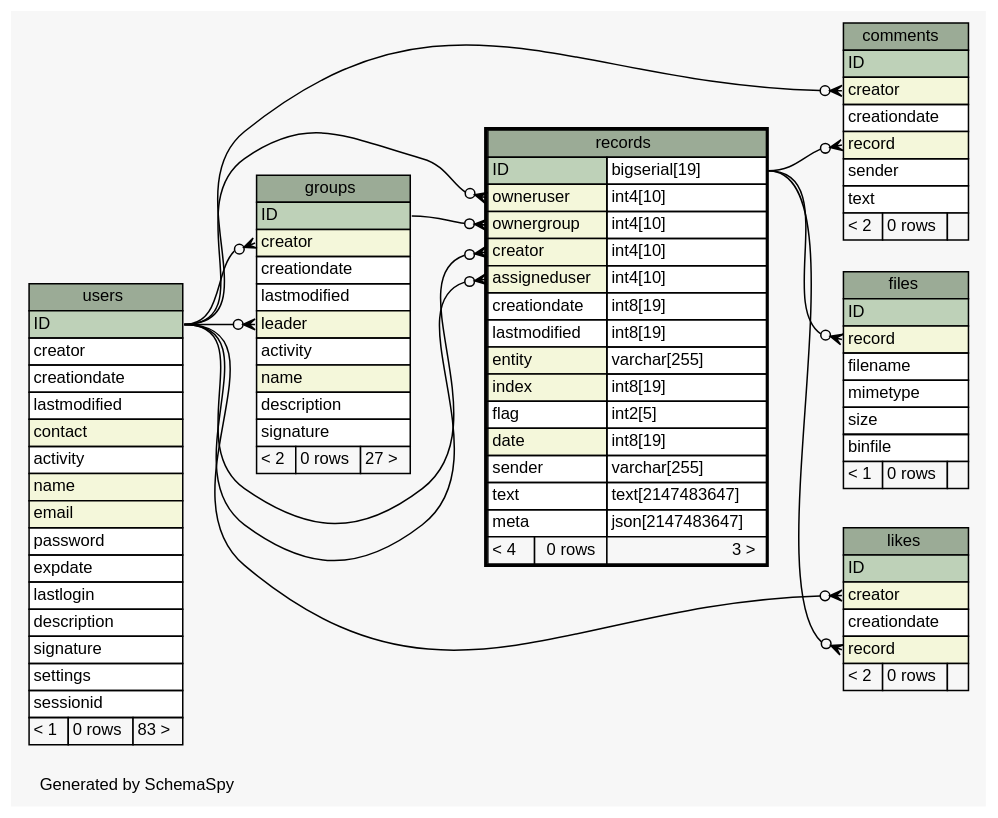
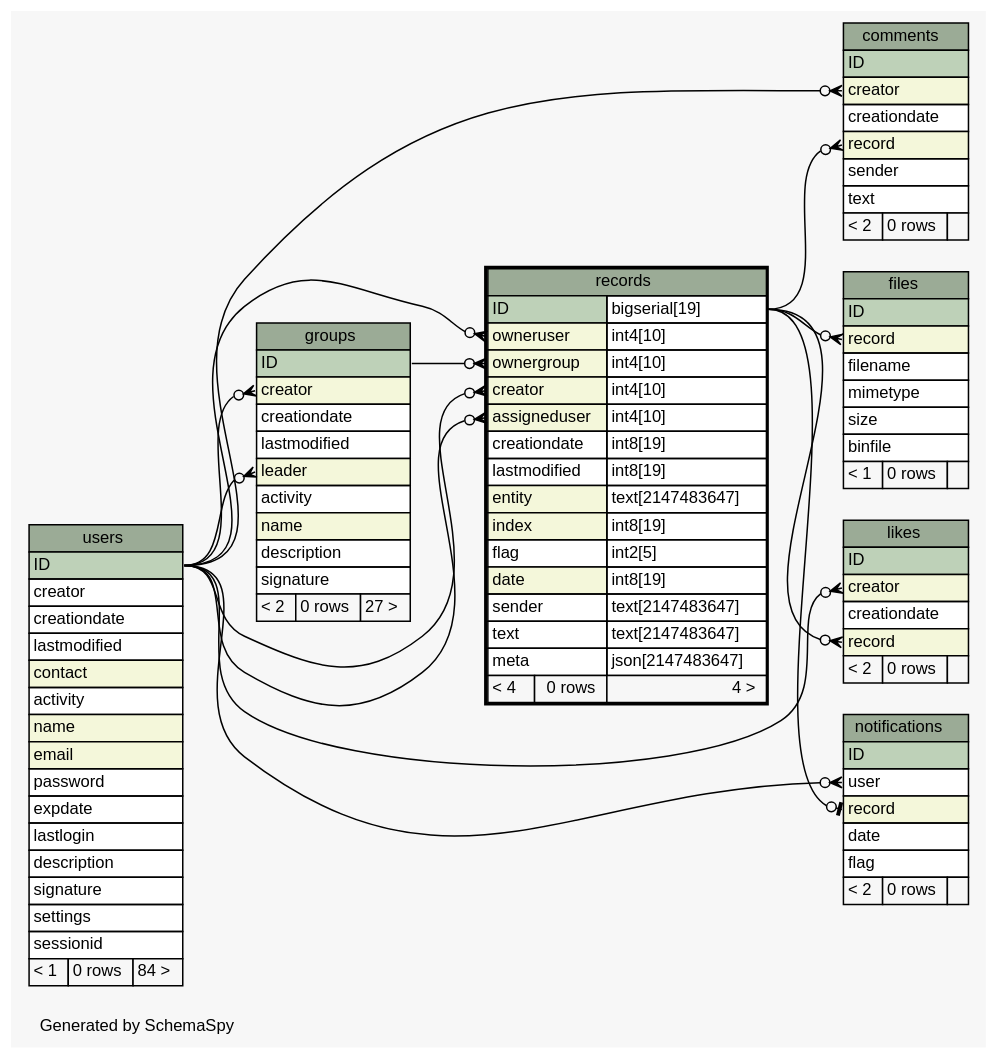
The diagram in diagrams/records.1degree.dot (zeyosinc/zeyos-schema), drawn with Graphviz before and after one commit. The commit also changed 291 other files, not shown here.

```diff
--- a/diagrams/records.1degree.dot
+++ b/diagrams/records.1degree.dot
@@ -1,141 +1,157 @@
 // dot 2.38.0 on Windows 8.1 6.3
 // SchemaSpy rev 590
 digraph "oneDegreeRelationshipsDiagram" {
   graph [
     rankdir="RL"
     bgcolor="#f7f7f7"
     label="\nGenerated by SchemaSpy"
     labeljust="l"
     nodesep="0.18"
     ranksep="0.46"
     fontname="Helvetica"
     fontsize="11"
   ];
   node [
     fontname="Helvetica"
     fontsize="11"
     shape="plaintext"
   ];
   edge [
     arrowsize="0.8"
   ];
   "comments":"creator":w -> "users":"ID":e [arrowhead=none dir=back arrowtail=crowodot];
   "comments":"record":w -> "records":"ID.type":e [arrowhead=none dir=back arrowtail=crowodot];
   "files":"record":w -> "records":"ID.type":e [arrowhead=none dir=back arrowtail=crowodot];
   "groups":"creator":w -> "users":"ID":e [arrowhead=none dir=back arrowtail=crowodot];
   "groups":"leader":w -> "users":"ID":e [arrowhead=none dir=back arrowtail=crowodot];
   "likes":"creator":w -> "users":"ID":e [arrowhead=none dir=back arrowtail=crowodot];
   "likes":"record":w -> "records":"ID.type":e [arrowhead=none dir=back arrowtail=crowodot];
+  "notifications":"record":w -> "records":"ID.type":e [arrowhead=none dir=back arrowtail=teeodot];
+  "notifications":"user":w -> "users":"ID":e [arrowhead=none dir=back arrowtail=crowodot];
   "records":"assigneduser":w -> "users":"ID":e [arrowhead=none dir=back arrowtail=crowodot];
   "records":"creator":w -> "users":"ID":e [arrowhead=none dir=back arrowtail=crowodot];
   "records":"ownergroup":w -> "groups":"ID":e [arrowhead=none dir=back arrowtail=crowodot];
   "records":"owneruser":w -> "users":"ID":e [arrowhead=none dir=back arrowtail=crowodot];
   "comments" [
     label=<
     <TABLE BORDER="0" CELLBORDER="1" CELLSPACING="0" BGCOLOR="#ffffff">
       <TR><TD COLSPAN="3" BGCOLOR="#9bab96" ALIGN="CENTER">comments</TD></TR>
       <TR><TD PORT="ID" COLSPAN="3" BGCOLOR="#bed1b8" ALIGN="LEFT">ID</TD></TR>
       <TR><TD PORT="creator" COLSPAN="3" BGCOLOR="#f4f7da" ALIGN="LEFT">creator</TD></TR>
       <TR><TD PORT="creationdate" COLSPAN="3" ALIGN="LEFT">creationdate</TD></TR>
       <TR><TD PORT="record" COLSPAN="3" BGCOLOR="#f4f7da" ALIGN="LEFT">record</TD></TR>
       <TR><TD PORT="sender" COLSPAN="3" ALIGN="LEFT">sender</TD></TR>
       <TR><TD PORT="text" COLSPAN="3" ALIGN="LEFT">text</TD></TR>
       <TR><TD ALIGN="LEFT" BGCOLOR="#f7f7f7">&lt; 2</TD><TD ALIGN="RIGHT" BGCOLOR="#f7f7f7">0 rows</TD><TD ALIGN="RIGHT" BGCOLOR="#f7f7f7">  </TD></TR>
     </TABLE>>
     URL="comments.html"
     tooltip="comments"
   ];
   "files" [
     label=<
     <TABLE BORDER="0" CELLBORDER="1" CELLSPACING="0" BGCOLOR="#ffffff">
       <TR><TD COLSPAN="3" BGCOLOR="#9bab96" ALIGN="CENTER">files</TD></TR>
       <TR><TD PORT="ID" COLSPAN="3" BGCOLOR="#bed1b8" ALIGN="LEFT">ID</TD></TR>
       <TR><TD PORT="record" COLSPAN="3" BGCOLOR="#f4f7da" ALIGN="LEFT">record</TD></TR>
       <TR><TD PORT="filename" COLSPAN="3" ALIGN="LEFT">filename</TD></TR>
       <TR><TD PORT="mimetype" COLSPAN="3" ALIGN="LEFT">mimetype</TD></TR>
       <TR><TD PORT="size" COLSPAN="3" ALIGN="LEFT">size</TD></TR>
       <TR><TD PORT="binfile" COLSPAN="3" ALIGN="LEFT">binfile</TD></TR>
       <TR><TD ALIGN="LEFT" BGCOLOR="#f7f7f7">&lt; 1</TD><TD ALIGN="RIGHT" BGCOLOR="#f7f7f7">0 rows</TD><TD ALIGN="RIGHT" BGCOLOR="#f7f7f7">  </TD></TR>
     </TABLE>>
     URL="files.html"
     tooltip="files"
   ];
   "groups" [
     label=<
     <TABLE BORDER="0" CELLBORDER="1" CELLSPACING="0" BGCOLOR="#ffffff">
       <TR><TD COLSPAN="3" BGCOLOR="#9bab96" ALIGN="CENTER">groups</TD></TR>
       <TR><TD PORT="ID" COLSPAN="3" BGCOLOR="#bed1b8" ALIGN="LEFT">ID</TD></TR>
       <TR><TD PORT="creator" COLSPAN="3" BGCOLOR="#f4f7da" ALIGN="LEFT">creator</TD></TR>
       <TR><TD PORT="creationdate" COLSPAN="3" ALIGN="LEFT">creationdate</TD></TR>
       <TR><TD PORT="lastmodified" COLSPAN="3" ALIGN="LEFT">lastmodified</TD></TR>
       <TR><TD PORT="leader" COLSPAN="3" BGCOLOR="#f4f7da" ALIGN="LEFT">leader</TD></TR>
       <TR><TD PORT="activity" COLSPAN="3" ALIGN="LEFT">activity</TD></TR>
       <TR><TD PORT="name" COLSPAN="3" BGCOLOR="#f4f7da" ALIGN="LEFT">name</TD></TR>
       <TR><TD PORT="description" COLSPAN="3" ALIGN="LEFT">description</TD></TR>
       <TR><TD PORT="signature" COLSPAN="3" ALIGN="LEFT">signature</TD></TR>
       <TR><TD ALIGN="LEFT" BGCOLOR="#f7f7f7">&lt; 2</TD><TD ALIGN="RIGHT" BGCOLOR="#f7f7f7">0 rows</TD><TD ALIGN="RIGHT" BGCOLOR="#f7f7f7">27 &gt;</TD></TR>
     </TABLE>>
     URL="groups.html"
     tooltip="groups"
   ];
   "likes" [
     label=<
     <TABLE BORDER="0" CELLBORDER="1" CELLSPACING="0" BGCOLOR="#ffffff">
       <TR><TD COLSPAN="3" BGCOLOR="#9bab96" ALIGN="CENTER">likes</TD></TR>
       <TR><TD PORT="ID" COLSPAN="3" BGCOLOR="#bed1b8" ALIGN="LEFT">ID</TD></TR>
       <TR><TD PORT="creator" COLSPAN="3" BGCOLOR="#f4f7da" ALIGN="LEFT">creator</TD></TR>
       <TR><TD PORT="creationdate" COLSPAN="3" ALIGN="LEFT">creationdate</TD></TR>
       <TR><TD PORT="record" COLSPAN="3" BGCOLOR="#f4f7da" ALIGN="LEFT">record</TD></TR>
       <TR><TD ALIGN="LEFT" BGCOLOR="#f7f7f7">&lt; 2</TD><TD ALIGN="RIGHT" BGCOLOR="#f7f7f7">0 rows</TD><TD ALIGN="RIGHT" BGCOLOR="#f7f7f7">  </TD></TR>
     </TABLE>>
     URL="likes.html"
     tooltip="likes"
   ];
+  "notifications" [
+    label=<
+    <TABLE BORDER="0" CELLBORDER="1" CELLSPACING="0" BGCOLOR="#ffffff">
+      <TR><TD COLSPAN="3" BGCOLOR="#9bab96" ALIGN="CENTER">notifications</TD></TR>
+      <TR><TD PORT="ID" COLSPAN="3" BGCOLOR="#bed1b8" ALIGN="LEFT">ID</TD></TR>
+      <TR><TD PORT="user" COLSPAN="3" ALIGN="LEFT">user</TD></TR>
+      <TR><TD PORT="record" COLSPAN="3" BGCOLOR="#f4f7da" ALIGN="LEFT">record</TD></TR>
+      <TR><TD PORT="date" COLSPAN="3" ALIGN="LEFT">date</TD></TR>
+      <TR><TD PORT="flag" COLSPAN="3" ALIGN="LEFT">flag</TD></TR>
+      <TR><TD ALIGN="LEFT" BGCOLOR="#f7f7f7">&lt; 2</TD><TD ALIGN="RIGHT" BGCOLOR="#f7f7f7">0 rows</TD><TD ALIGN="RIGHT" BGCOLOR="#f7f7f7">  </TD></TR>
+    </TABLE>>
+    URL="notifications.html"
+    tooltip="notifications"
+  ];
   "records" [
     label=<
     <TABLE BORDER="2" CELLBORDER="1" CELLSPACING="0" BGCOLOR="#ffffff">
       <TR><TD COLSPAN="3" BGCOLOR="#9bab96" ALIGN="CENTER">records</TD></TR>
       <TR><TD PORT="ID" COLSPAN="2" BGCOLOR="#bed1b8" ALIGN="LEFT">ID</TD><TD PORT="ID.type" ALIGN="LEFT">bigserial[19]</TD></TR>
       <TR><TD PORT="owneruser" COLSPAN="2" BGCOLOR="#f4f7da" ALIGN="LEFT">owneruser</TD><TD PORT="owneruser.type" ALIGN="LEFT">int4[10]</TD></TR>
       <TR><TD PORT="ownergroup" COLSPAN="2" BGCOLOR="#f4f7da" ALIGN="LEFT">ownergroup</TD><TD PORT="ownergroup.type" ALIGN="LEFT">int4[10]</TD></TR>
       <TR><TD PORT="creator" COLSPAN="2" BGCOLOR="#f4f7da" ALIGN="LEFT">creator</TD><TD PORT="creator.type" ALIGN="LEFT">int4[10]</TD></TR>
       <TR><TD PORT="assigneduser" COLSPAN="2" BGCOLOR="#f4f7da" ALIGN="LEFT">assigneduser</TD><TD PORT="assigneduser.type" ALIGN="LEFT">int4[10]</TD></TR>
       <TR><TD PORT="creationdate" COLSPAN="2" ALIGN="LEFT">creationdate</TD><TD PORT="creationdate.type" ALIGN="LEFT">int8[19]</TD></TR>
       <TR><TD PORT="lastmodified" COLSPAN="2" ALIGN="LEFT">lastmodified</TD><TD PORT="lastmodified.type" ALIGN="LEFT">int8[19]</TD></TR>
-      <TR><TD PORT="entity" COLSPAN="2" BGCOLOR="#f4f7da" ALIGN="LEFT">entity</TD><TD PORT="entity.type" ALIGN="LEFT">varchar[255]</TD></TR>
+      <TR><TD PORT="entity" COLSPAN="2" BGCOLOR="#f4f7da" ALIGN="LEFT">entity</TD><TD PORT="entity.type" ALIGN="LEFT">text[2147483647]</TD></TR>
       <TR><TD PORT="index" COLSPAN="2" BGCOLOR="#f4f7da" ALIGN="LEFT">index</TD><TD PORT="index.type" ALIGN="LEFT">int8[19]</TD></TR>
       <TR><TD PORT="flag" COLSPAN="2" ALIGN="LEFT">flag</TD><TD PORT="flag.type" ALIGN="LEFT">int2[5]</TD></TR>
       <TR><TD PORT="date" COLSPAN="2" BGCOLOR="#f4f7da" ALIGN="LEFT">date</TD><TD PORT="date.type" ALIGN="LEFT">int8[19]</TD></TR>
-      <TR><TD PORT="sender" COLSPAN="2" ALIGN="LEFT">sender</TD><TD PORT="sender.type" ALIGN="LEFT">varchar[255]</TD></TR>
+      <TR><TD PORT="sender" COLSPAN="2" ALIGN="LEFT">sender</TD><TD PORT="sender.type" ALIGN="LEFT">text[2147483647]</TD></TR>
       <TR><TD PORT="text" COLSPAN="2" ALIGN="LEFT">text</TD><TD PORT="text.type" ALIGN="LEFT">text[2147483647]</TD></TR>
       <TR><TD PORT="meta" COLSPAN="2" ALIGN="LEFT">meta</TD><TD PORT="meta.type" ALIGN="LEFT">json[2147483647]</TD></TR>
-      <TR><TD ALIGN="LEFT" BGCOLOR="#f7f7f7">&lt; 4</TD><TD ALIGN="RIGHT" BGCOLOR="#f7f7f7">0 rows</TD><TD ALIGN="RIGHT" BGCOLOR="#f7f7f7">3 &gt;</TD></TR>
+      <TR><TD ALIGN="LEFT" BGCOLOR="#f7f7f7">&lt; 4</TD><TD ALIGN="RIGHT" BGCOLOR="#f7f7f7">0 rows</TD><TD ALIGN="RIGHT" BGCOLOR="#f7f7f7">4 &gt;</TD></TR>
     </TABLE>>
     URL="records.html"
     tooltip="records"
   ];
   "users" [
     label=<
     <TABLE BORDER="0" CELLBORDER="1" CELLSPACING="0" BGCOLOR="#ffffff">
       <TR><TD COLSPAN="3" BGCOLOR="#9bab96" ALIGN="CENTER">users</TD></TR>
       <TR><TD PORT="ID" COLSPAN="3" BGCOLOR="#bed1b8" ALIGN="LEFT">ID</TD></TR>
       <TR><TD PORT="creator" COLSPAN="3" ALIGN="LEFT">creator</TD></TR>
       <TR><TD PORT="creationdate" COLSPAN="3" ALIGN="LEFT">creationdate</TD></TR>
       <TR><TD PORT="lastmodified" COLSPAN="3" ALIGN="LEFT">lastmodified</TD></TR>
       <TR><TD PORT="contact" COLSPAN="3" BGCOLOR="#f4f7da" ALIGN="LEFT">contact</TD></TR>
       <TR><TD PORT="activity" COLSPAN="3" ALIGN="LEFT">activity</TD></TR>
       <TR><TD PORT="name" COLSPAN="3" BGCOLOR="#f4f7da" ALIGN="LEFT">name</TD></TR>
       <TR><TD PORT="email" COLSPAN="3" BGCOLOR="#f4f7da" ALIGN="LEFT">email</TD></TR>
       <TR><TD PORT="password" COLSPAN="3" ALIGN="LEFT">password</TD></TR>
       <TR><TD PORT="expdate" COLSPAN="3" ALIGN="LEFT">expdate</TD></TR>
       <TR><TD PORT="lastlogin" COLSPAN="3" ALIGN="LEFT">lastlogin</TD></TR>
       <TR><TD PORT="description" COLSPAN="3" ALIGN="LEFT">description</TD></TR>
       <TR><TD PORT="signature" COLSPAN="3" ALIGN="LEFT">signature</TD></TR>
       <TR><TD PORT="settings" COLSPAN="3" ALIGN="LEFT">settings</TD></TR>
       <TR><TD PORT="sessionid" COLSPAN="3" ALIGN="LEFT">sessionid</TD></TR>
-      <TR><TD ALIGN="LEFT" BGCOLOR="#f7f7f7">&lt; 1</TD><TD ALIGN="RIGHT" BGCOLOR="#f7f7f7">0 rows</TD><TD ALIGN="RIGHT" BGCOLOR="#f7f7f7">83 &gt;</TD></TR>
+      <TR><TD ALIGN="LEFT" BGCOLOR="#f7f7f7">&lt; 1</TD><TD ALIGN="RIGHT" BGCOLOR="#f7f7f7">0 rows</TD><TD ALIGN="RIGHT" BGCOLOR="#f7f7f7">84 &gt;</TD></TR>
     </TABLE>>
     URL="users.html"
     tooltip="users"
   ];
 }
```
